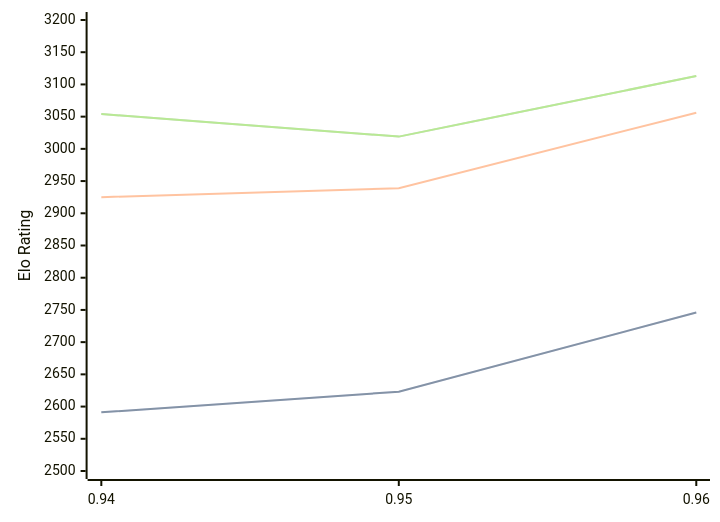
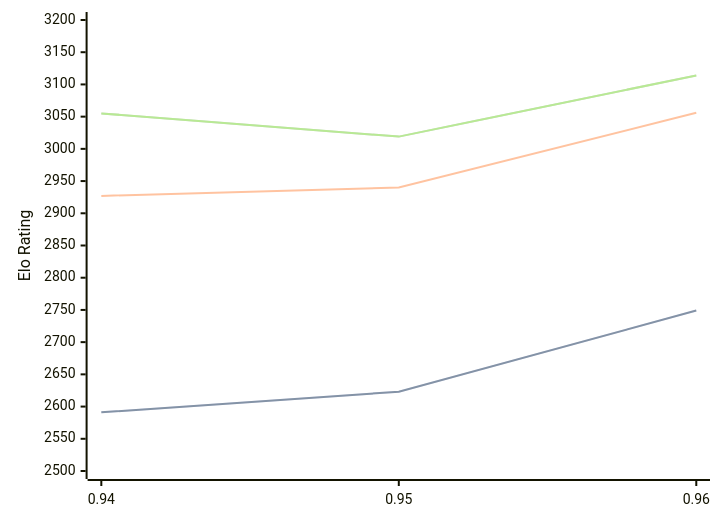
Before and after one commit to computer-chess-index/cci: the diagram in engines/Myrddin.md, drawn with Mermaid. The commit also changed other lines of this file, not shown here.

Commit message:
Update CCI Ratings (ELO VLTC) - 2026-08-23

````diff
--- a/engines/Myrddin.md
+++ b/engines/Myrddin.md
@@ -33,11 +33,11 @@
 ```mermaid
 %%{init: {"theme":"base","themeVariables":{"seriesColors:['#a3a3a3','#222221','#faa371']}}}%%
 xychart-beta
   x-axis ["0.94", "0.95", "0.96"]
   y-axis "Elo Rating" 2500 --> 3200
-  line "STC (8.0+0.08s)" [2591, 2623, 2746]
-  line "STC (8.0+0.08s)" [2591, 2623, 2746]
-  line "LTC (60.0+0.60s)" [2925, 2939, 3056]
-  line "VLTC (2m24s+1.12s)" [3054, 3019, 3113]
-  line "VLTC (2m24s+1.12s)" [3054, 3019, 3113]
+  line "STC (8.0+0.08s)" [2591, 2623, 2749]
+  line "STC (8.0+0.08s)" [2591, 2623, 2749]
+  line "LTC (60.0+0.60s)" [2927, 2940, 3056]
+  line "VLTC (2m24s+1.12s)" [3055, 3019, 3114]
+  line "VLTC (2m24s+1.12s)" [3055, 3019, 3114]
 ```
````
